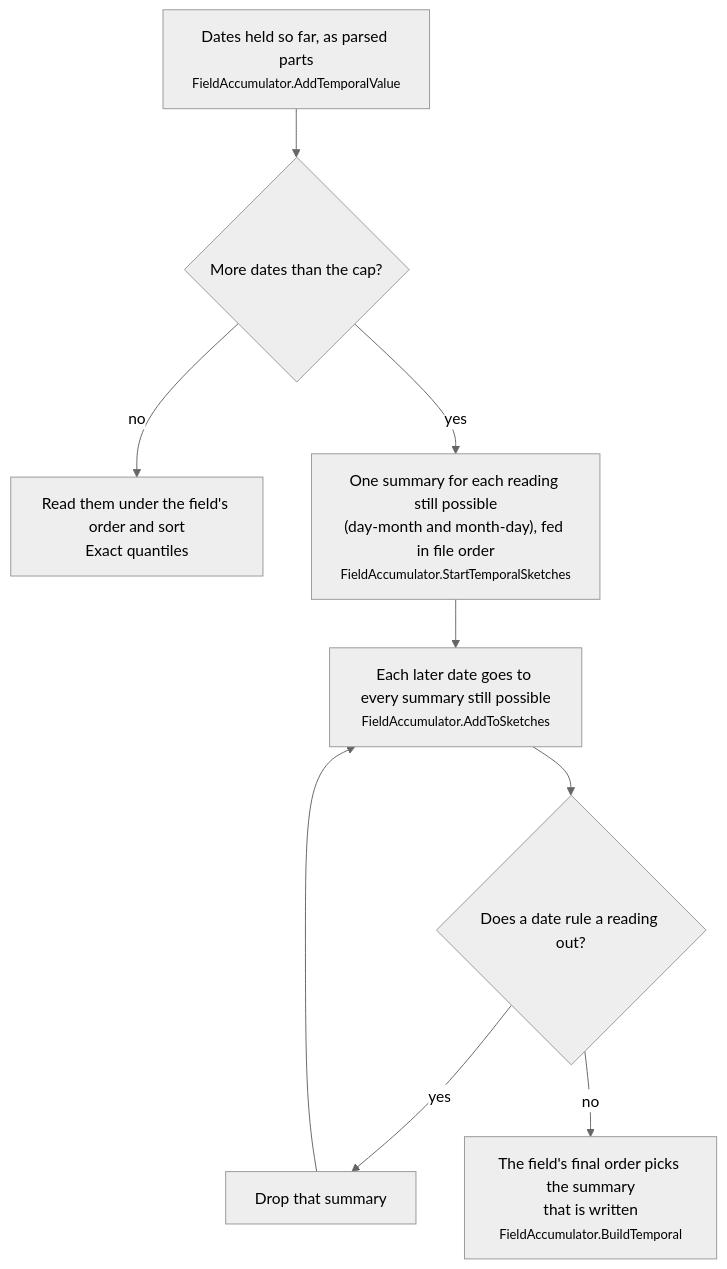
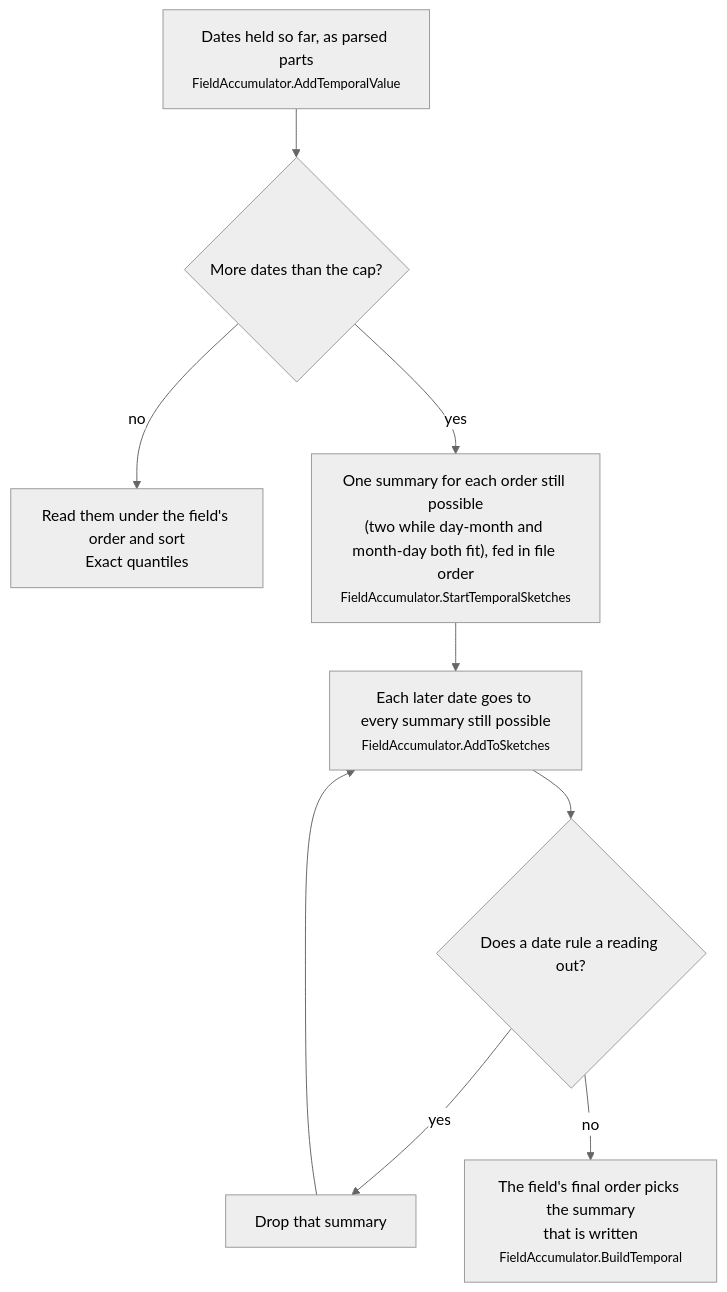
Before and after one commit to squalor-xyz/squalify: diagram 13 of 27 in docs/how-it-works.md, drawn with Mermaid (neutral theme). The commit also changed other lines of this file and 36 other files, not shown here.

````diff
--- a/docs/how-it-works.md
+++ b/docs/how-it-works.md
@@ -204,10 +204,10 @@
 ```mermaid
 flowchart TD
     V["Dates held so far, as parsed parts<br/><small>FieldAccumulator.AddTemporalValue</small>"] --> C{"More dates than the cap?"}
     C -- "no" --> E["Read them under the field's order and sort<br/>Exact quantiles"]
-    C -- "yes" --> S["One summary for each reading still possible<br/>(day-month and month-day), fed in file order<br/><small>FieldAccumulator.StartTemporalSketches</small>"]
+    C -- "yes" --> S["One summary for each order still possible<br/>(two while day-month and month-day both fit), fed in file order<br/><small>FieldAccumulator.StartTemporalSketches</small>"]
     S --> N["Each later date goes to every summary still possible<br/><small>FieldAccumulator.AddToSketches</small>"]
     N --> R{"Does a date rule a reading out?"}
     R -- "yes" --> D["Drop that summary"] --> N
     R -- "no" --> W["The field's final order picks the summary<br/>that is written<br/><small>FieldAccumulator.BuildTemporal</small>"]
 ```
````
